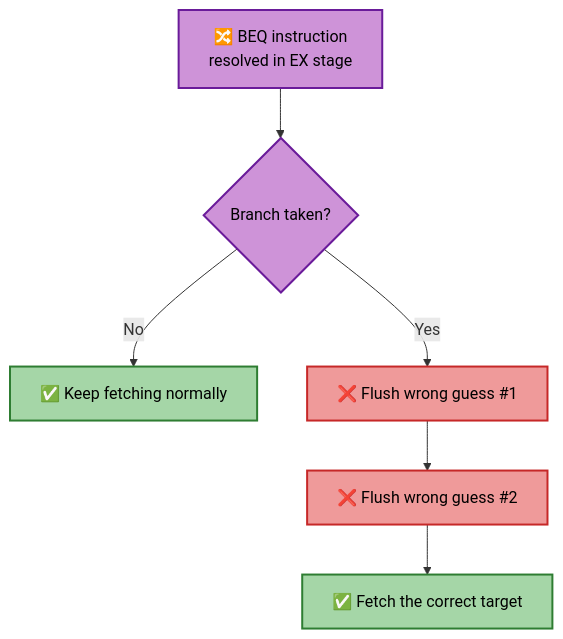
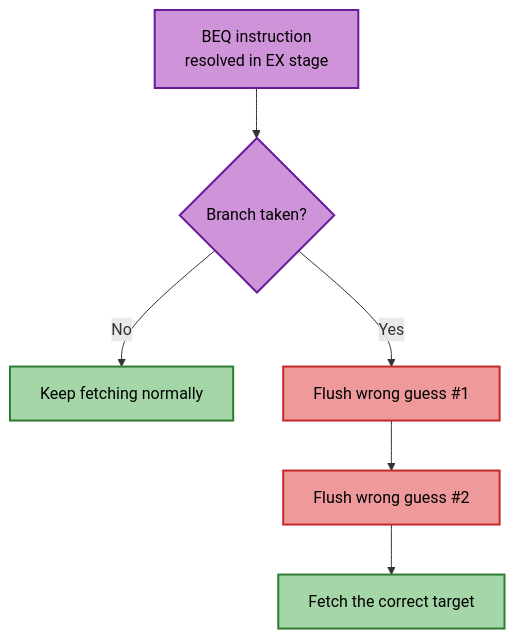
One commit to hjsanjana/riscv-uvm-pipeline changed the fifth of 10 diagrams in README.md. Above: the diagram before and after it, drawn with Mermaid. The commit also changed other lines of this file, not shown here.

Commit message:
Remove emoji from README, keep colors and diagrams

````diff
--- a/README.md
+++ b/README.md
@@ -177,14 +177,14 @@
 ```mermaid
 flowchart TD
-    B["🔀 BEQ instruction<br/>resolved in EX stage"]:::branch
+    B["BEQ instruction<br/>resolved in EX stage"]:::branch
     D{"Branch taken?"}:::branch
     B --> D
-    D -- "No" --> N1["✅ Keep fetching normally"]:::good
-    D -- "Yes" --> F1["❌ Flush wrong guess #1"]:::bad
-    F1 --> F2["❌ Flush wrong guess #2"]:::bad
-    F2 --> C["✅ Fetch the correct target"]:::good
+    D -- "No" --> N1["Keep fetching normally"]:::good
+    D -- "Yes" --> F1["Flush wrong guess #1"]:::bad
+    F1 --> F2["Flush wrong guess #2"]:::bad
+    F2 --> C["Fetch the correct target"]:::good
 
     classDef branch fill:#ce93d8,stroke:#6a1b9a,color:#000,stroke-width:2px
     classDef bad fill:#ef9a9a,stroke:#c62828,color:#000,stroke-width:2px
     classDef good fill:#a5d6a7,stroke:#2e7d32,color:#000,stroke-width:2px
 ```
````
